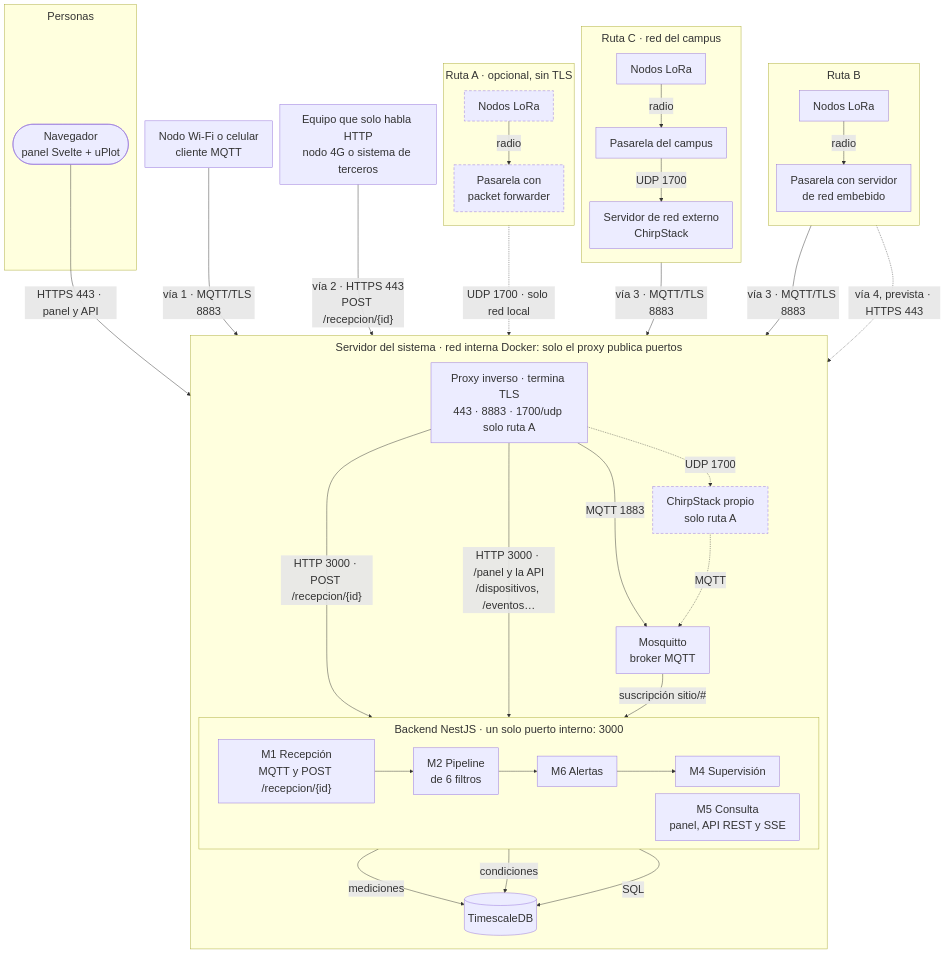
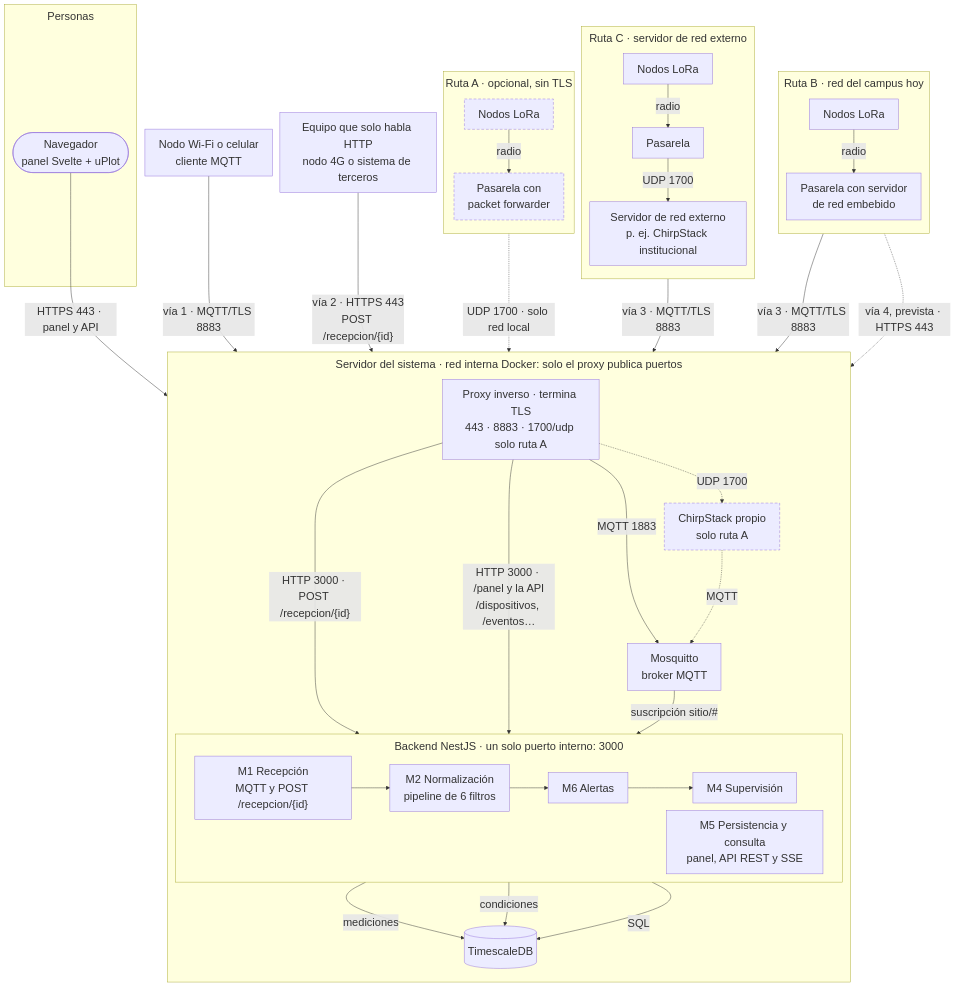
Before and after one commit to vicenterami/tesis: the diagram in informe-oficial/figuras/mermaid/contenedores.mmd, drawn with Mermaid. The commit also changed 28 other files, not shown here.

```diff
--- a/informe-oficial/figuras/mermaid/contenedores.mmd
+++ b/informe-oficial/figuras/mermaid/contenedores.mmd
@@ -1,49 +1,49 @@
 %%{init: {"themeVariables": {"fontSize": "24px"}, "flowchart": {"nodeSpacing": 16, "rankSpacing": 34, "wrappingWidth": 280, "subGraphTitleMargin": {"top": 8, "bottom": 22}}}}%%
 flowchart TB
     subgraph CLI["Personas"]
         U(["Navegador<br/>panel Svelte + uPlot"])
     end
     N2["Nodo Wi-Fi o celular<br/>cliente MQTT"]
         N3["Equipo que solo habla HTTP<br/>nodo 4G o sistema de terceros"]
-        subgraph RB["Ruta B"]
+        subgraph RB["Ruta B · red del campus hoy"]
             direction TB
             NB["Nodos LoRa"] -- "radio" --> GB["Pasarela con servidor<br/>de red embebido"]
         end
-        subgraph RC["Ruta C · red del campus"]
+        subgraph RC["Ruta C · servidor de red externo"]
             direction TB
-            NC["Nodos LoRa"] -- "radio" --> GC["Pasarela del campus"] -- "UDP 1700" --> NS["Servidor de red externo<br/>ChirpStack"]
+            NC["Nodos LoRa"] -- "radio" --> GC["Pasarela"] -- "UDP 1700" --> NS["Servidor de red externo<br/>p. ej. ChirpStack institucional"]
         end
     subgraph RA["Ruta A · opcional, sin TLS"]
         direction TB
         NA["Nodos LoRa"] -- "radio" --> GA["Pasarela con<br/>packet forwarder"]
     end
     subgraph SRV["Servidor del sistema · red interna Docker: solo el proxy publica puertos"]
         direction TB
         RP["Proxy inverso · termina TLS<br/>443 · 8883 · 1700/udp solo ruta A"]
         MQ["Mosquitto<br/>broker MQTT"]
         CS["ChirpStack propio<br/>solo ruta A"]
         subgraph BE["Backend NestJS · un solo puerto interno: 3000"]
             direction LR
-            M1["M1 Recepción<br/>MQTT y POST /recepcion/{id}"] --> M2["M2 Pipeline<br/>de 6 filtros"] --> M6["M6 Alertas"] --> M4["M4 Supervisión"]
-            M5["M5 Consulta<br/>panel, API REST y SSE"]
+            M1["M1 Recepción<br/>MQTT y POST /recepcion/{id}"] --> M2["M2 Normalización<br/>pipeline de 6 filtros"] --> M6["M6 Alertas"] --> M4["M4 Supervisión"]
+            M5["M5 Persistencia y consulta<br/>panel, API REST y SSE"]
         end
         DB[("TimescaleDB")]
     end
     U -- "HTTPS 443 · panel y API" --> RP
     N2 -- "vía 1 · MQTT/TLS 8883" --> RP
     N3 -- "vía 2 · HTTPS 443<br/>POST /recepcion/{id}" --> RP
     GB -- "vía 3 · MQTT/TLS 8883" --> RP
     NS -- "vía 3 · MQTT/TLS 8883" --> RP
     GB -. "vía 4, prevista · HTTPS 443" .-> RP
     GA -. "UDP 1700 · solo red local" .-> RP
     RP -- "MQTT 1883" --> MQ
     RP -- "HTTP 3000 · POST /recepcion/{id}" --> M1
     RP -- "HTTP 3000 · /panel y la API<br/>/dispositivos, /eventos…" --> M5
     RP -. "UDP 1700" .-> CS
     CS -. "MQTT" .-> MQ
     MQ -- "suscripción sitio/#" --> M1
     M2 -- "mediciones" --> DB
     M6 -- "condiciones" --> DB
     M5 -- "SQL" --> DB
     classDef opcional stroke-dasharray:6 4
     class CS,GA,NA opcional
```
